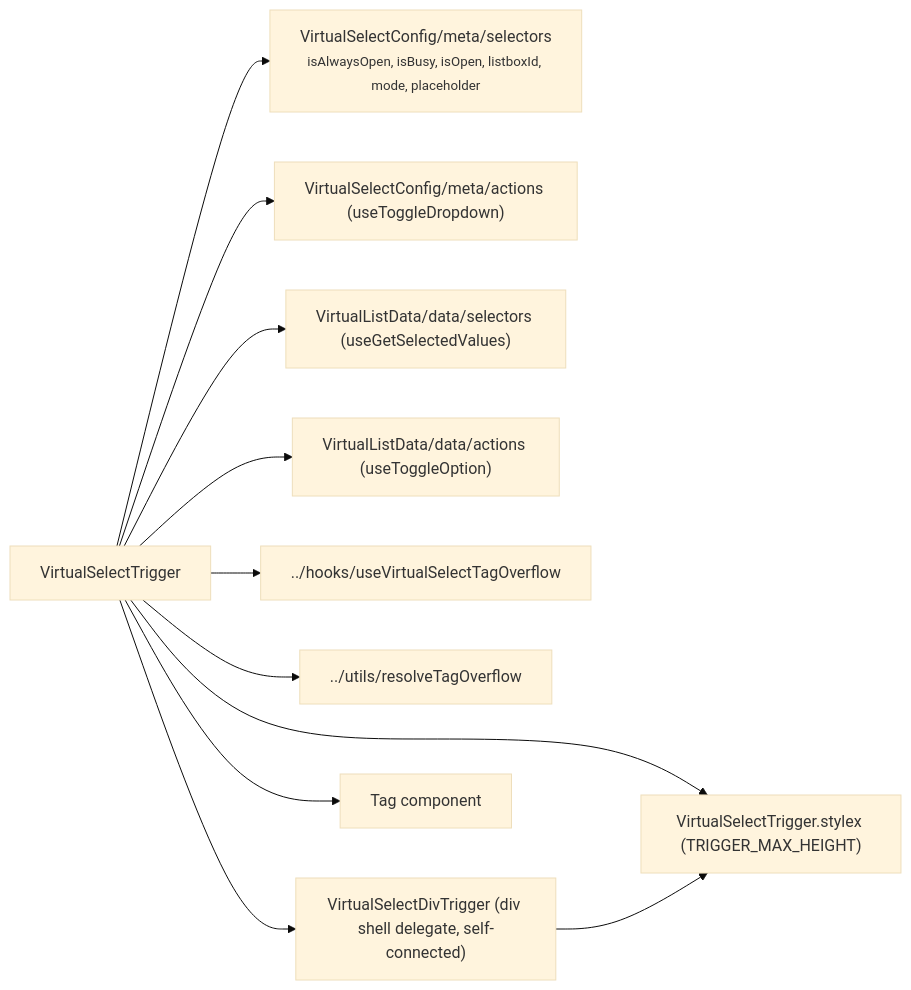
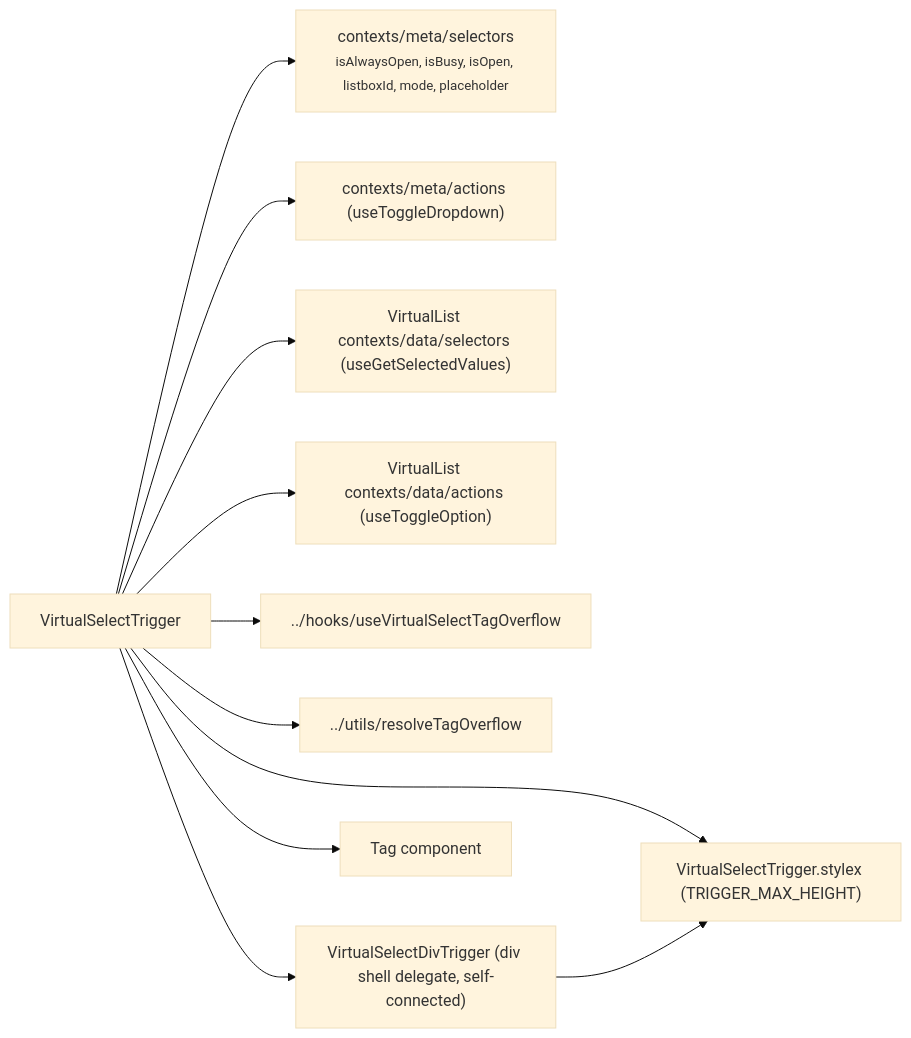
Before and after one commit to luciocabrera/lcabrera-stack: the first of 2 diagrams in packages/ui/src/components/VirtualSelect/VirtualSelectTrigger/ARCHITECTURE.md, drawn with Mermaid (base theme). The commit also changed 29 other files, not shown here.

````diff
--- a/packages/ui/src/components/VirtualSelect/VirtualSelectTrigger/ARCHITECTURE.md
+++ b/packages/ui/src/components/VirtualSelect/VirtualSelectTrigger/ARCHITECTURE.md
@@ -23,13 +23,13 @@
 ```mermaid
 graph LR
-  VST["VirtualSelectTrigger"] --> MSEL["VirtualSelectConfig/meta/selectors\n<small>isAlwaysOpen, isBusy, isOpen, listboxId, mode, placeholder</small>"]
-  VST --> MACT["VirtualSelectConfig/meta/actions (useToggleDropdown)"]
-  VST --> DSEL["VirtualListData/data/selectors (useGetSelectedValues)"]
-  VST --> DACT["VirtualListData/data/actions (useToggleOption)"]
+  VST["VirtualSelectTrigger"] --> MSEL["contexts/meta/selectors\n<small>isAlwaysOpen, isBusy, isOpen, listboxId, mode, placeholder</small>"]
+  VST --> MACT["contexts/meta/actions (useToggleDropdown)"]
+  VST --> DSEL["VirtualList contexts/data/selectors (useGetSelectedValues)"]
+  VST --> DACT["VirtualList contexts/data/actions (useToggleOption)"]
   VST --> OVF["../hooks/useVirtualSelectTagOverflow"]
   VST --> RTO["../utils/resolveTagOverflow"]
   VST --> VSDT["VirtualSelectDivTrigger (div shell delegate, self-connected)"]
   VST --> Tag["Tag component"]
   VST --> VST_stylex["VirtualSelectTrigger.stylex (TRIGGER_MAX_HEIGHT)"]
   VSDT --> VST_stylex
 ```
````
